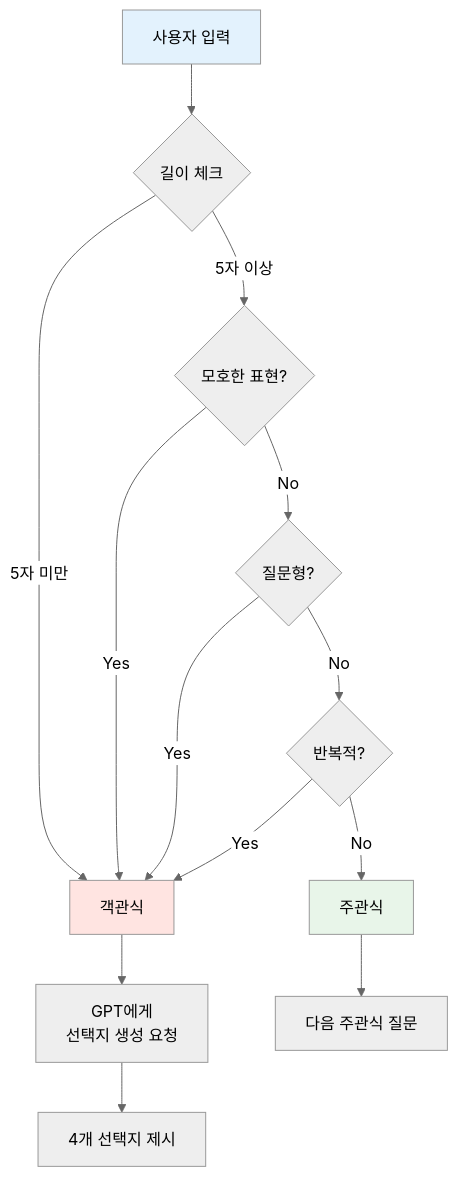
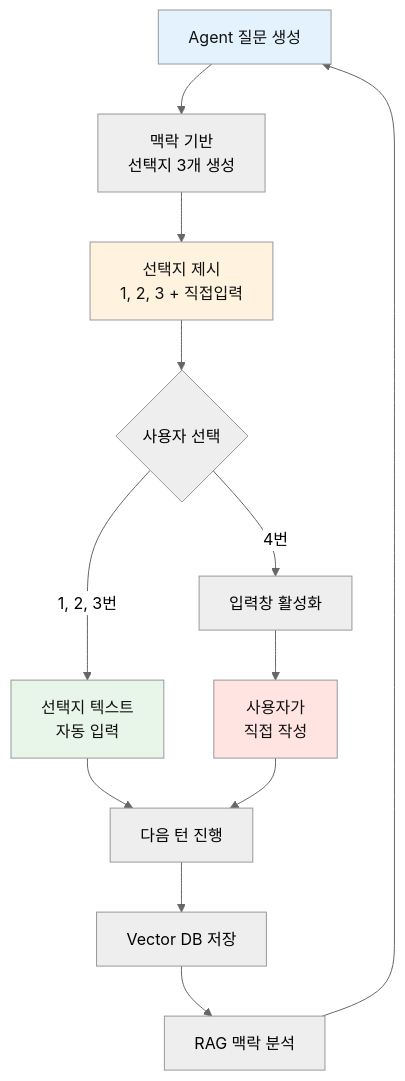
Before and after one commit to Collegenie-X/AIMakerLab_Web: diagram 14 of 23 in documents/6차식/6차시_고등_대화형스토리Agent_역공부.md, drawn with Mermaid (neutral theme). The commit also changed other lines of this file and 24 other files, not shown here.

````diff
--- a/documents/6차식/6차시_고등_대화형스토리Agent_역공부.md
+++ b/documents/6차식/6차시_고등_대화형스토리Agent_역공부.md
@@ -965,24 +1315,24 @@
 ```mermaid
 graph TD
-    A[사용자 입력] --> B{길이 체크}
-    B -->|5자 미만| C[객관식]
-    B -->|5자 이상| D{모호한 표현?}
+    A[Agent 질문 생성] --> B[맥락 기반<br/>선택지 3개 생성]
+    B --> C[선택지 제시<br/>1, 2, 3 + 직접입력]
     
-    D -->|Yes| C
-    D -->|No| E{질문형?}
+    C --> D{사용자 선택}
     
-    E -->|Yes| C
-    E -->|No| F{반복적?}
+    D -->|1, 2, 3번| E[선택지 텍스트<br/>자동 입력]
+    D -->|4번| F[입력창 활성화]
     
-    F -->|Yes| C
-    F -->|No| G[주관식]
+    F --> G[사용자가<br/>직접 작성]
     
-    C --> H[GPT에게<br/>선택지 생성 요청]
-    H --> I[4개 선택지 제시]
+    E --> H[다음 턴 진행]
+    G --> H
     
-    G --> J[다음 주관식 질문]
+    H --> I[Vector DB 저장]
+    I --> J[RAG 맥락 분석]
+    J --> A
     
-    style A fill:#e3f2fd
-    style C fill:#ffe4e1
-    style G fill:#e8f5e9
+    style A fill:#e3f2fd,color:#111
+    style C fill:#fff3e0,color:#111
+    style E fill:#e8f5e9,color:#111
+    style G fill:#ffe4e1,color:#111
 ```
````
